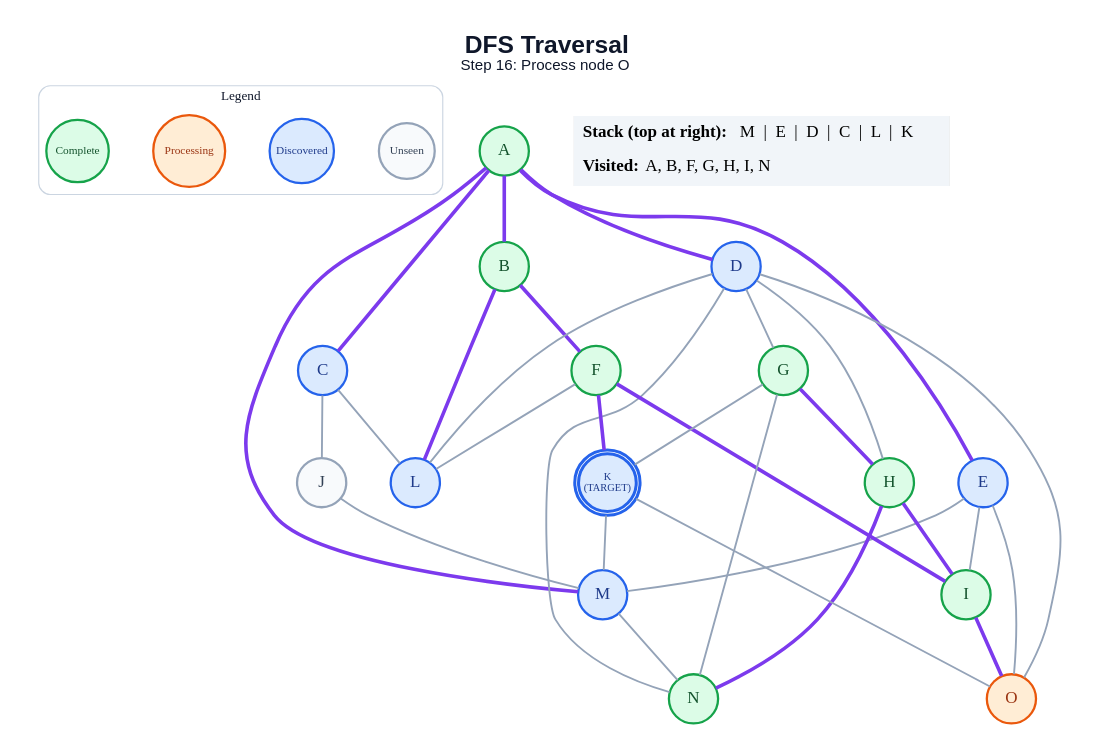
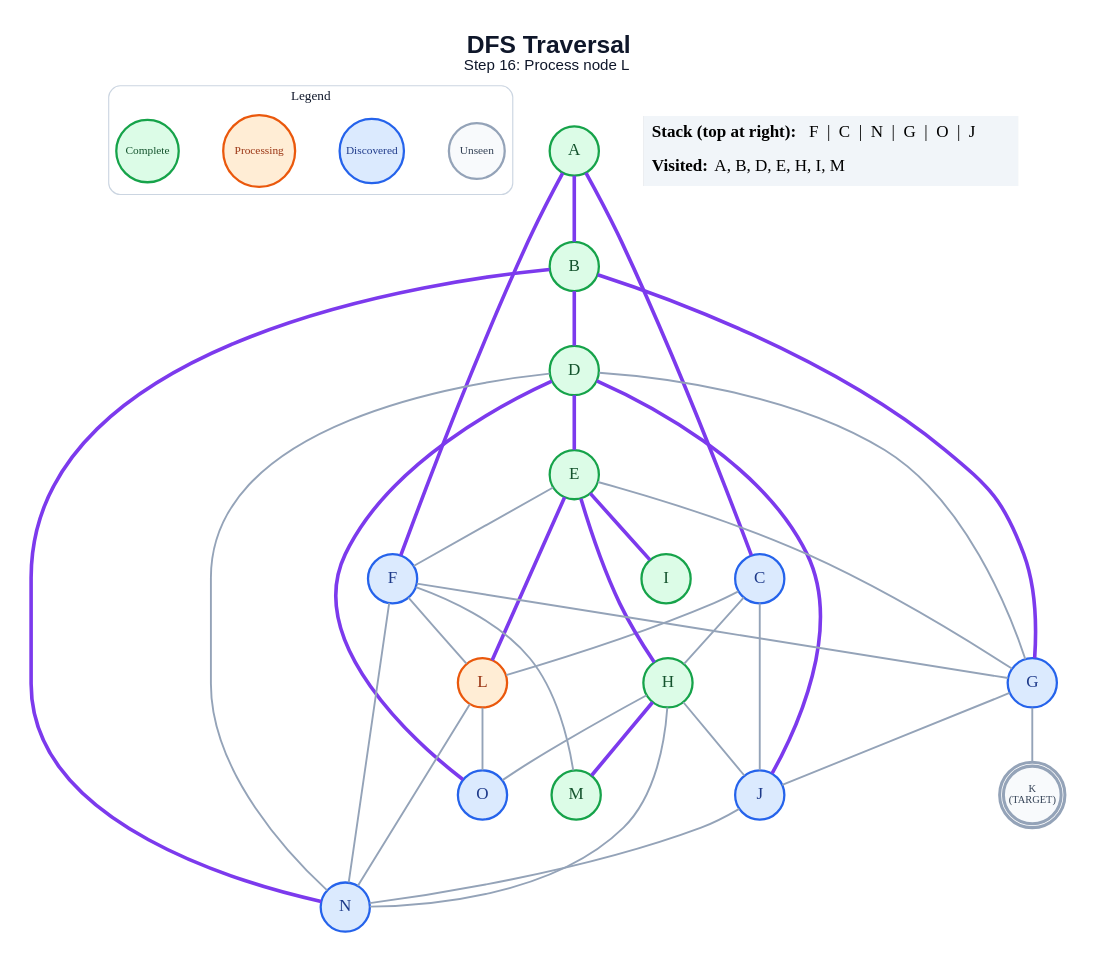
Before and after one commit to anon7238593-create/ai-slop: the diagram in generated/specific-node/dfs/step_16.dot, drawn with Graphviz. The commit also changed 309 other files, not shown here.

```diff
--- a/generated/specific-node/dfs/step_16.dot
+++ b/generated/specific-node/dfs/step_16.dot
@@ -1,64 +1,66 @@
 graph traversal {
   graph [layout=dot, rankdir=TB, bgcolor="#FFFFFF", pad="0.35", nodesep="0.65", ranksep="0.8", fontname="Arial"];
   node [shape=circle, style="filled", fontname="Arial Bold", fontsize=18, width=0.72, fixedsize=true, penwidth=2.4];
   edge [color="#94A3B8", penwidth=2.0];
-  label=<<B>DFS Traversal</B><BR/><FONT POINT-SIZE="16">Step 16: Process node O</FONT>>; labelloc="t"; fontsize=26; fontname="Arial"; fontcolor="#0F172A";
+  label=<<B>DFS Traversal</B><BR/><FONT POINT-SIZE="16">Step 16: Process node L</FONT>>; labelloc="t"; fontsize=26; fontname="Arial"; fontcolor="#0F172A";
   subgraph cluster_legend { label="Legend"; color="#CBD5E1"; penwidth=1.2; style="rounded"; fontsize=14; fontname="Arial Bold";
     key_unseen [label="Unseen", fillcolor="#F8FAFC", color="#94A3B8", fontcolor="#334155", fontsize=12, width=0.82];
     key_frontier [label="Discovered", fillcolor="#DBEAFE", color="#2563EB", fontcolor="#1E3A8A", fontsize=12, width=0.95];
     key_current [label="Processing", fillcolor="#FFEDD5", color="#EA580C", fontcolor="#9A3412", fontsize=12, width=1.05];
     key_done [label="Complete", fillcolor="#DCFCE7", color="#16A34A", fontcolor="#14532D", fontsize=12, width=0.92];
     { rank=same; key_unseen; key_frontier; key_current; key_done; }
   }
   A [label="A", fillcolor="#DCFCE7", color="#16A34A", fontcolor="#14532D", peripheries=1, penwidth=2.4];
   B [label="B", fillcolor="#DCFCE7", color="#16A34A", fontcolor="#14532D", peripheries=1, penwidth=2.4];
   C [label="C", fillcolor="#DBEAFE", color="#2563EB", fontcolor="#1E3A8A", peripheries=1, penwidth=2.4];
-  D [label="D", fillcolor="#DBEAFE", color="#2563EB", fontcolor="#1E3A8A", peripheries=1, penwidth=2.4];
-  E [label="E", fillcolor="#DBEAFE", color="#2563EB", fontcolor="#1E3A8A", peripheries=1, penwidth=2.4];
-  F [label="F", fillcolor="#DCFCE7", color="#16A34A", fontcolor="#14532D", peripheries=1, penwidth=2.4];
-  G [label="G", fillcolor="#DCFCE7", color="#16A34A", fontcolor="#14532D", peripheries=1, penwidth=2.4];
+  D [label="D", fillcolor="#DCFCE7", color="#16A34A", fontcolor="#14532D", peripheries=1, penwidth=2.4];
+  E [label="E", fillcolor="#DCFCE7", color="#16A34A", fontcolor="#14532D", peripheries=1, penwidth=2.4];
+  F [label="F", fillcolor="#DBEAFE", color="#2563EB", fontcolor="#1E3A8A", peripheries=1, penwidth=2.4];
+  G [label="G", fillcolor="#DBEAFE", color="#2563EB", fontcolor="#1E3A8A", peripheries=1, penwidth=2.4];
   H [label="H", fillcolor="#DCFCE7", color="#16A34A", fontcolor="#14532D", peripheries=1, penwidth=2.4];
   I [label="I", fillcolor="#DCFCE7", color="#16A34A", fontcolor="#14532D", peripheries=1, penwidth=2.4];
-  J [label="J", fillcolor="#F8FAFC", color="#94A3B8", fontcolor="#334155", peripheries=1, penwidth=2.4];
-  K [label="K\n(TARGET)", fillcolor="#DBEAFE", color="#2563EB", fontcolor="#1E3A8A", peripheries=2, penwidth=3.2, fontsize=11, width=0.85, height=0.85];
-  L [label="L", fillcolor="#DBEAFE", color="#2563EB", fontcolor="#1E3A8A", peripheries=1, penwidth=2.4];
-  M [label="M", fillcolor="#DBEAFE", color="#2563EB", fontcolor="#1E3A8A", peripheries=1, penwidth=2.4];
-  N [label="N", fillcolor="#DCFCE7", color="#16A34A", fontcolor="#14532D", peripheries=1, penwidth=2.4];
-  O [label="O", fillcolor="#FFEDD5", color="#EA580C", fontcolor="#9A3412", peripheries=1, penwidth=2.4];
+  J [label="J", fillcolor="#DBEAFE", color="#2563EB", fontcolor="#1E3A8A", peripheries=1, penwidth=2.4];
+  K [label="K\n(TARGET)", fillcolor="#F8FAFC", color="#94A3B8", fontcolor="#334155", peripheries=2, penwidth=3.2, fontsize=11, width=0.85, height=0.85];
+  L [label="L", fillcolor="#FFEDD5", color="#EA580C", fontcolor="#9A3412", peripheries=1, penwidth=2.4];
+  M [label="M", fillcolor="#DCFCE7", color="#16A34A", fontcolor="#14532D", peripheries=1, penwidth=2.4];
+  N [label="N", fillcolor="#DBEAFE", color="#2563EB", fontcolor="#1E3A8A", peripheries=1, penwidth=2.4];
+  O [label="O", fillcolor="#DBEAFE", color="#2563EB", fontcolor="#1E3A8A", peripheries=1, penwidth=2.4];
   A -- B [color="#7C3AED", penwidth=3.8];
   A -- C [color="#7C3AED", penwidth=3.8];
-  A -- D [color="#7C3AED", penwidth=3.8];
-  A -- E [color="#7C3AED", penwidth=3.8];
-  A -- M [color="#7C3AED", penwidth=3.8];
-  B -- F [color="#7C3AED", penwidth=3.8];
-  B -- L [color="#7C3AED", penwidth=3.8];
+  A -- F [color="#7C3AED", penwidth=3.8];
+  B -- D [color="#7C3AED", penwidth=3.8];
+  B -- G [color="#7C3AED", penwidth=3.8];
+  B -- N [color="#7C3AED", penwidth=3.8];
+  C -- H;
   C -- J;
   C -- L;
+  D -- E [color="#7C3AED", penwidth=3.8];
   D -- G;
-  D -- H;
-  D -- L;
+  D -- J [color="#7C3AED", penwidth=3.8];
   D -- N;
-  D -- O;
-  E -- I;
-  E -- M;
-  E -- O;
-  F -- I [color="#7C3AED", penwidth=3.8];
-  F -- K [color="#7C3AED", penwidth=3.8];
+  D -- O [color="#7C3AED", penwidth=3.8];
+  E -- F;
+  E -- G;
+  E -- H [color="#7C3AED", penwidth=3.8];
+  E -- I [color="#7C3AED", penwidth=3.8];
+  E -- L [color="#7C3AED", penwidth=3.8];
+  F -- G;
   F -- L;
-  G -- H [color="#7C3AED", penwidth=3.8];
+  F -- M;
+  F -- N;
+  G -- J;
   G -- K;
-  G -- N;
-  H -- I [color="#7C3AED", penwidth=3.8];
-  H -- N [color="#7C3AED", penwidth=3.8];
-  I -- O [color="#7C3AED", penwidth=3.8];
-  J -- M;
-  K -- M;
-  K -- O;
-  M -- N;
+  H -- J;
+  H -- M [color="#7C3AED", penwidth=3.8];
+  H -- N;
+  H -- O;
+  J -- N;
+  L -- N;
+  L -- O;
   status [shape=plain, fixedsize=false, width=0, height=0, margin=0, label=<
     <TABLE BORDER="0" CELLBORDER="0" CELLPADDING="7" BGCOLOR="#F1F5F9">
-      <TR><TD ALIGN="LEFT"><B>Stack (top at right):</B> M  |  E  |  D  |  C  |  L  |  K</TD></TR>
-      <TR><TD ALIGN="LEFT"><B>Visited:</B> A, B, F, G, H, I, N</TD></TR>
+      <TR><TD ALIGN="LEFT"><B>Stack (top at right):</B> F  |  C  |  N  |  G  |  O  |  J</TD></TR>
+      <TR><TD ALIGN="LEFT"><B>Visited:</B> A, B, D, E, H, I, M</TD></TR>
     </TABLE>
   >];
 }
```
